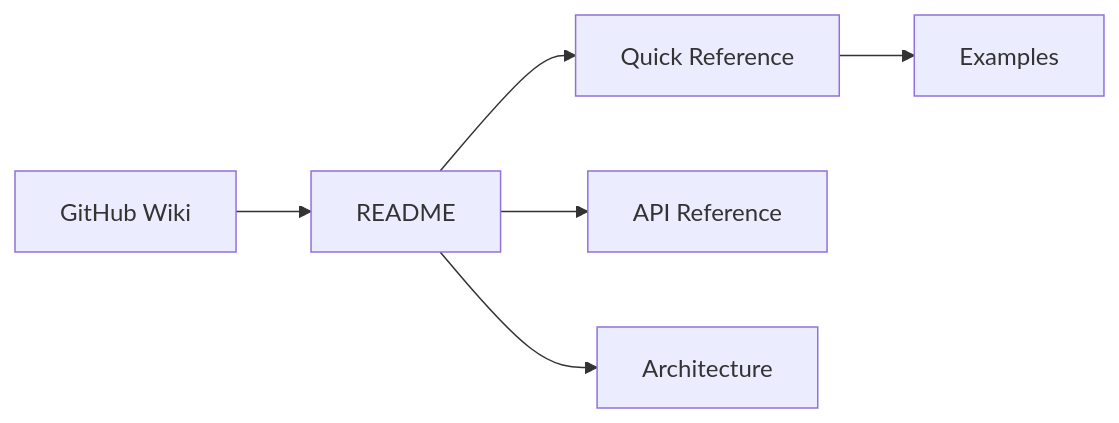
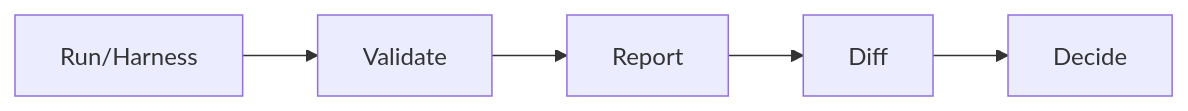
Before and after one commit to dr-gareth-roberts/insideLLMs: the diagram in README.md, drawn with Mermaid. The commit also changed other lines of this file, not shown here.

````diff
--- a/README.md
+++ b/README.md
@@ -331,8 +33,7 @@
 ```mermaid
 flowchart LR
-  Wiki[GitHub Wiki] --> README
-  README --> QuickRef[Quick Reference]
-  README --> API[API Reference]
-  README --> Arch[Architecture]
-  QuickRef --> Examples
+  Run[Run/Harness] --> Validate[Validate]
+  Validate --> Report[Report]
+  Report --> Diff[Diff]
+  Diff --> Decide[Decide]
 ```
````
